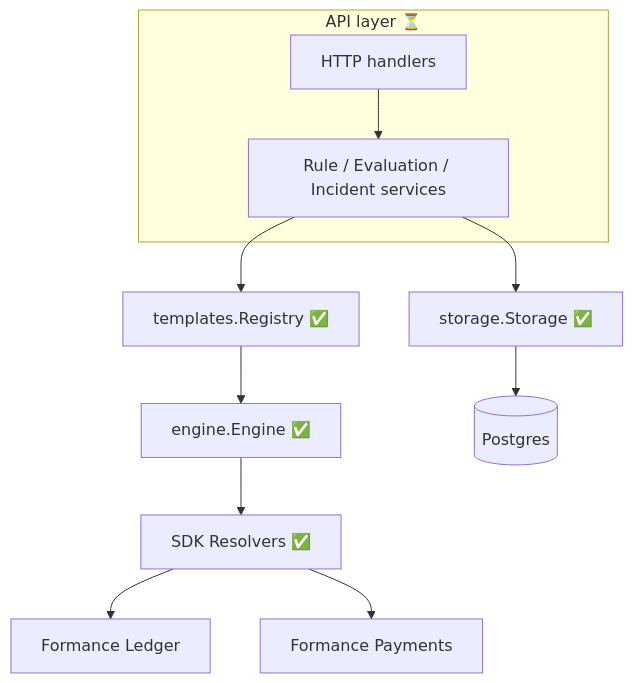
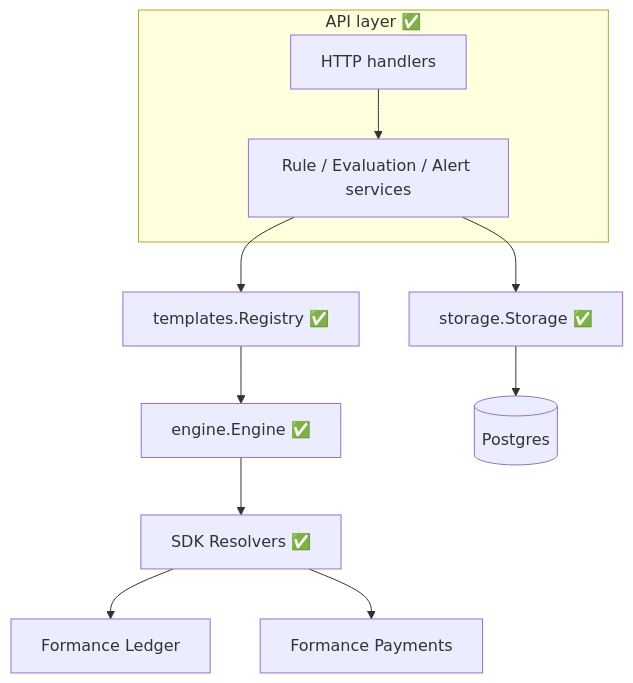
One commit to formancehq/reconciliation changed the first of 4 diagrams in docs/technical/architecture.md. Above: the diagram before and after it, drawn with Mermaid. The commit also changed other lines of this file and 34 other files, not shown here.

````diff
--- a/docs/technical/architecture.md
+++ b/docs/technical/architecture.md
@@ -42,13 +42,13 @@
 ```mermaid
 flowchart TB
-    subgraph "API layer ⏳"
-        HTTP[HTTP handlers] --> Svc[Rule / Evaluation / Incident services]
+    subgraph "API layer ✅"
+        HTTP[HTTP handlers] --> Svc[Rule / Evaluation / Alert services]
     end
     Svc --> Reg[templates.Registry ✅]
     Svc --> Store[storage.Storage ✅]
     Reg --> Eng[engine.Engine ✅]
     Eng --> Res[SDK Resolvers ✅]
     Res --> Ledger[Formance Ledger]
     Res --> Payments[Formance Payments]
     Store --> PG[(Postgres)]
 ```
````
